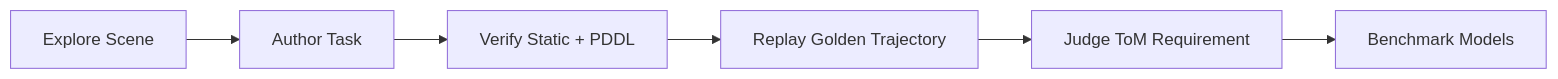
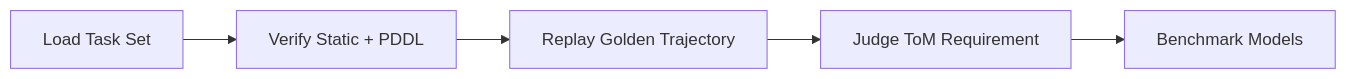
One commit to ThePickleGawd/EmToM changed the diagram in README.md. Above: the diagram before and after it, drawn with Mermaid. The commit also changed other lines of this file, not shown here.

````diff
--- a/README.md
+++ b/README.md
@@ -14,8 +14,7 @@
 ```mermaid
 flowchart LR
-    A[Explore Scene] --> B[Author Task]
-    B --> C[Verify Static + PDDL]
-    C --> D[Replay Golden Trajectory]
-    D --> E[Judge ToM Requirement]
-    E --> F[Benchmark Models]
+    A[Load Task Set] --> B[Verify Static + PDDL]
+    B --> C[Replay Golden Trajectory]
+    C --> D[Judge ToM Requirement]
+    D --> E[Benchmark Models]
 ```
````
